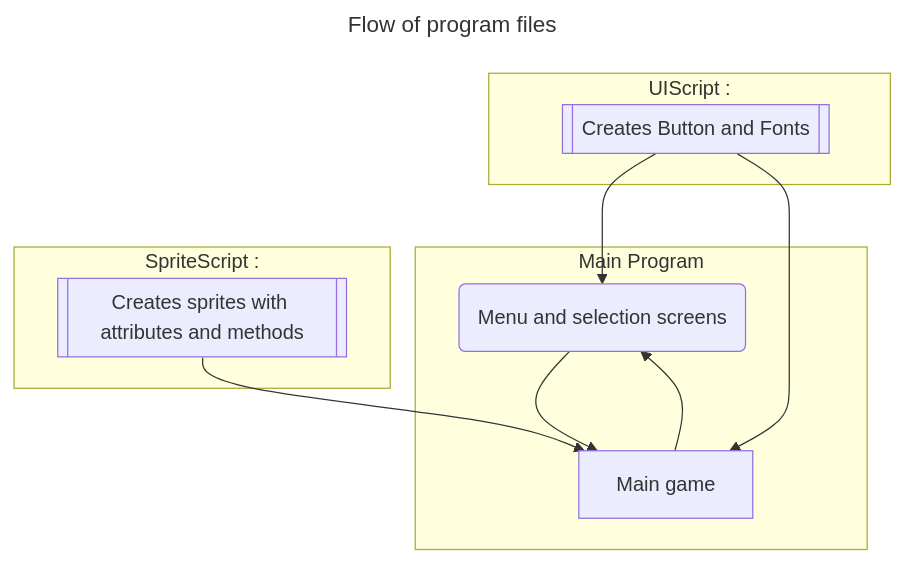
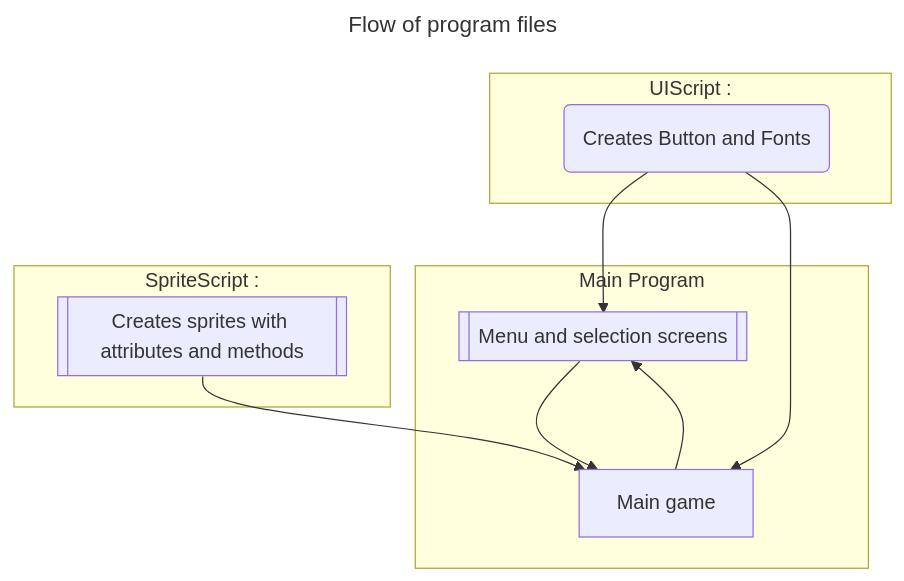
The first of 2 diagrams in readme.md (reeseH146/Fighting-game), drawn with Mermaid before and after one commit.

Commit message:
Forgot to change the start of the flow chart.

````diff
--- a/readme.md
+++ b/readme.md
@@ -40,28 +40,28 @@
 ```mermaid
 ---
 title : Flow of program files
 ---
 graph TD;
     %% Each main element of the program
-    MenuScript("Menu and selection screens")
-    UIScript[["Creates Button and Fonts"]]
+    MenuScript[["Menu and selection screens"]]
+    UIScript("Creates Button and Fonts")
     GameScript["Main game"]
     SpriteScript[["Creates sprites with attributes and methods"]]
 
     %% Groups different parts of the program together
     subgraph "Main Program"
         MenuScript
         GameScript
         end
     subgraph "UIScript : "
         UIScript
         end
     subgraph "SpriteScript :"
         SpriteScript
         end
     
     %% I cannot figure out how to reorganise this diagram to be more accurate but this shall suffice
     MenuScript --> GameScript --> MenuScript
     UIScript --> MenuScript & GameScript
     SpriteScript --> GameScript
 ```
````
